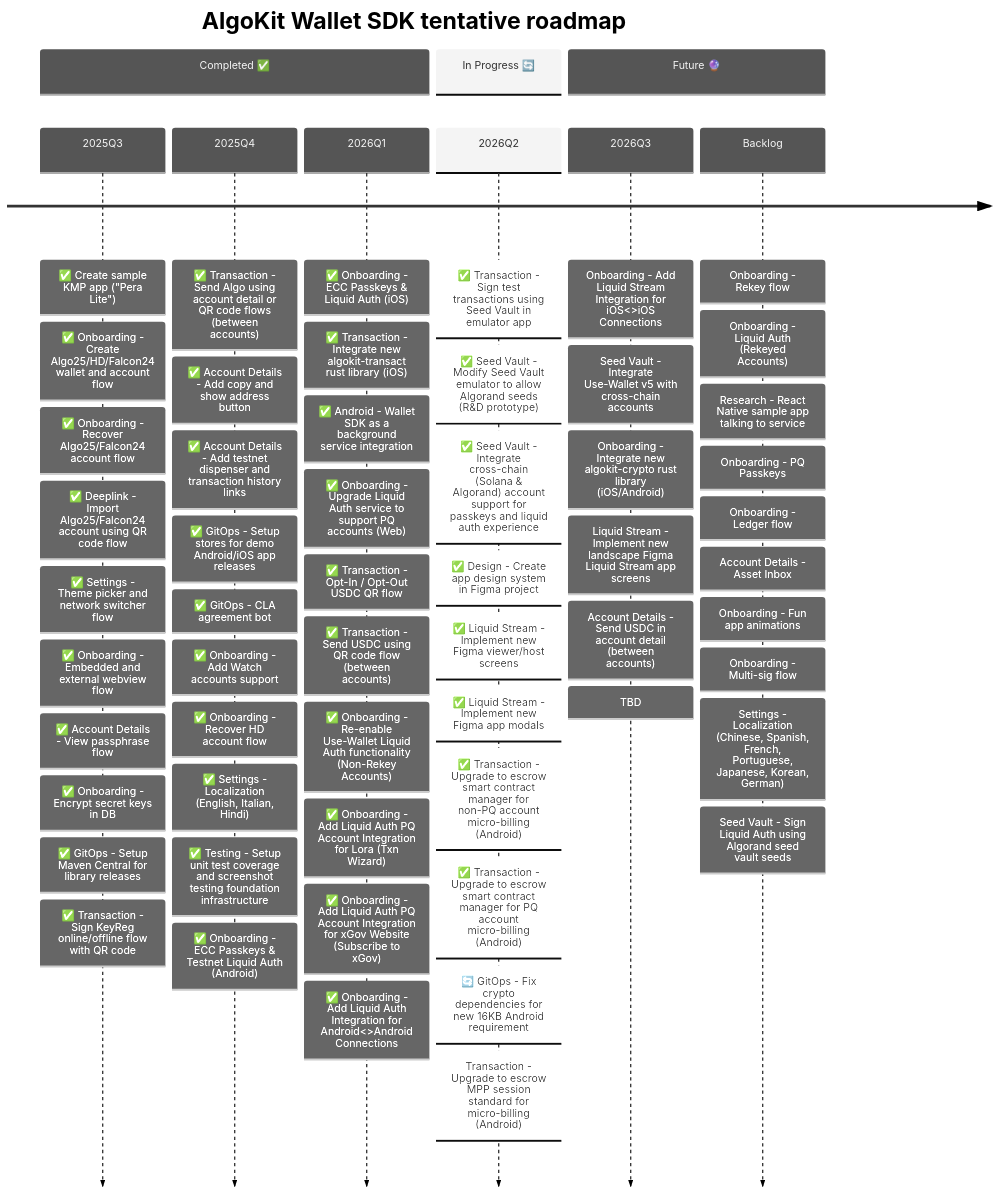
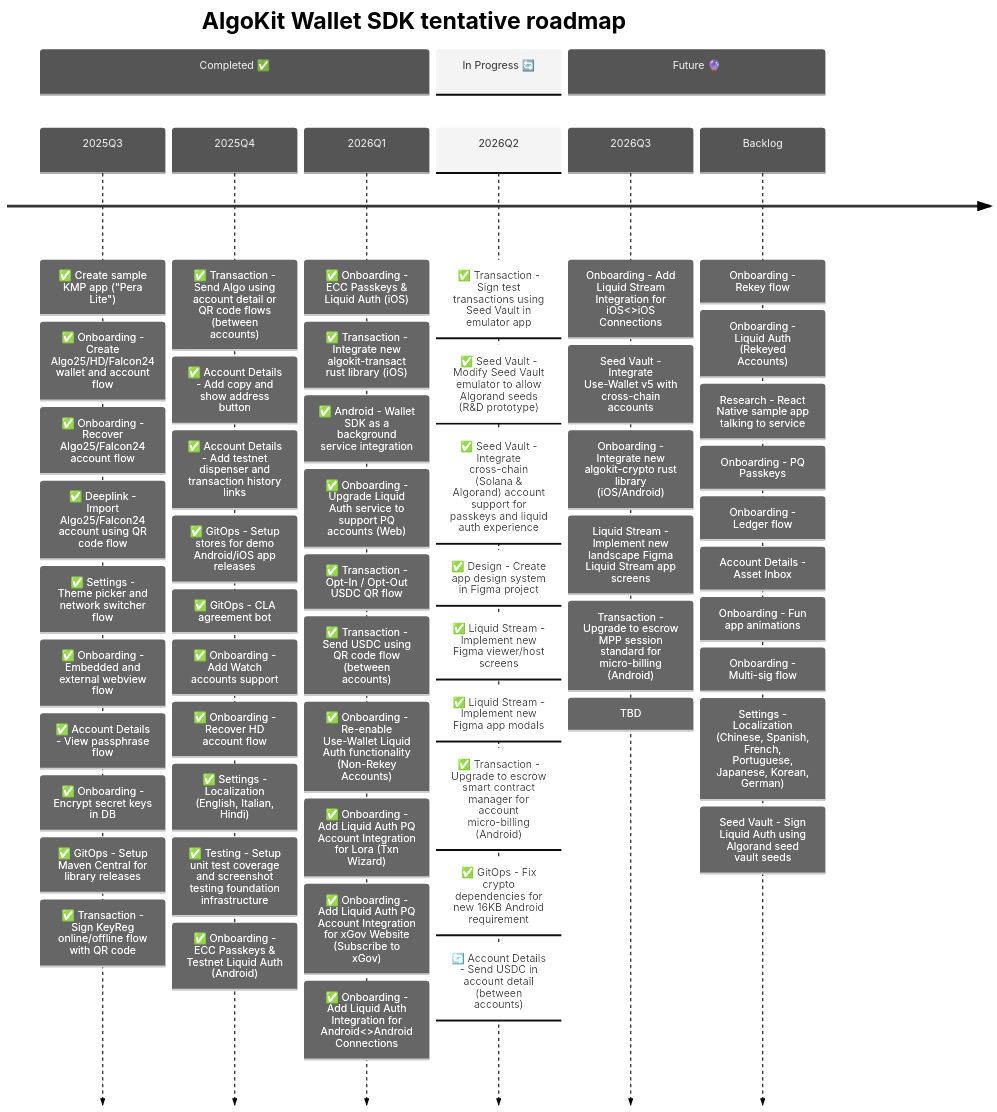
One commit to michaeltchuangllc/algokit-walletsdk-kmp changed the second of 3 diagrams in README.md. Above: the diagram before and after it, drawn with Mermaid. The commit also changed 1 other file, not shown here.

Commit message:
fix: upgrade to 16kb page AF xHD library version (#306)

````diff
--- a/README.md
+++ b/README.md
@@ -69,73 +69,72 @@
 ```mermaid
 ---
 config:
   theme: 'neutral'
 ---
 timeline
     title AlgoKit Wallet SDK tentative roadmap
 
     section Completed ✅
     2025Q3  : ✅ Create sample KMP app ("Pera Lite")
             : ✅ Onboarding - Create Algo25/HD/Falcon24 wallet and account flow
             : ✅ Onboarding - Recover Algo25/Falcon24 account flow
             : ✅ Deeplink - Import Algo25/Falcon24 account using QR code flow
             : ✅ Settings - Theme picker and network switcher flow
             : ✅ Onboarding - Embedded and external webview flow
             : ✅ Account Details - View passphrase flow
             : ✅ Onboarding - Encrypt secret keys in DB
             : ✅ GitOps - Setup Maven Central for library releases
             : ✅ Transaction - Sign KeyReg online/offline flow with QR code
 
     2025Q4  : ✅ Transaction - Send Algo using account detail or QR code flows (between accounts)
             : ✅ Account Details - Add copy and show address button
             : ✅ Account Details - Add testnet dispenser and transaction history links
             : ✅ GitOps - Setup stores for demo Android/iOS app releases
             : ✅ GitOps - CLA agreement bot
             : ✅ Onboarding - Add Watch accounts support
             : ✅ Onboarding - Recover HD account flow
             : ✅ Settings - Localization (English, Italian, Hindi)
             : ✅ Testing - Setup unit test coverage and screenshot testing foundation infrastructure
             : ✅ Onboarding - ECC Passkeys & Testnet Liquid Auth (Android)
 
     2026Q1  : ✅ Onboarding - ECC Passkeys & Liquid Auth (iOS)
             : ✅ Transaction - Integrate new algokit-transact rust library (iOS)
             : ✅ Android - Wallet SDK as a background service integration
             : ✅ Onboarding - Upgrade Liquid Auth service to support PQ accounts (Web)
             : ✅ Transaction - Opt-In / Opt-Out USDC QR flow
             : ✅ Transaction - Send USDC using QR code flow (between accounts)
             : ✅ Onboarding - Re-enable Use-Wallet Liquid Auth functionality (Non-Rekey Accounts)
             : ✅ Onboarding - Add Liquid Auth PQ Account Integration for Lora (Txn Wizard)
             : ✅ Onboarding - Add Liquid Auth PQ Account Integration for xGov Website (Subscribe to xGov)
             : ✅ Onboarding - Add Liquid Auth Integration for Android<>Android Connections
 
     section In Progress 🔄
     2026Q2  : ✅ Transaction - Sign test transactions using Seed Vault in emulator app
             : ✅ Seed Vault - Modify Seed Vault emulator to allow Algorand seeds (R&D prototype)
             : ✅ Seed Vault - Integrate cross-chain (Solana & Algorand) account support for passkeys and liquid auth experience
             : ✅ Design - Create app design system in Figma project
             : ✅ Liquid Stream - Implement new Figma viewer/host screens
             : ✅ Liquid Stream - Implement new Figma app modals
-            : ✅ Transaction - Upgrade to escrow smart contract manager for non-PQ account micro-billing (Android)
-            : ✅ Transaction - Upgrade to escrow smart contract manager for PQ account micro-billing (Android)
-            : 🔄 GitOps - Fix crypto dependencies for new 16KB Android requirement
-            : Transaction - Upgrade to escrow MPP session standard for micro-billing (Android)
+            : ✅ Transaction - Upgrade to escrow smart contract manager for account micro-billing (Android)
+            : ✅ GitOps - Fix crypto dependencies for new 16KB Android requirement
+            : 🔄 Account Details - Send USDC in account detail (between accounts)
             
     section Future 🔮
      2026Q3  : Onboarding - Add Liquid Stream Integration for iOS<>iOS Connections
              : Seed Vault - Integrate Use-Wallet v5 with cross-chain accounts
              : Onboarding - Integrate new algokit-crypto rust library (iOS/Android)
              : Liquid Stream - Implement new landscape Figma Liquid Stream app screens
-             : Account Details - Send USDC in account detail (between accounts)
+             : Transaction - Upgrade to escrow MPP session standard for micro-billing (Android)
              : TBD
     Backlog
             : Onboarding - Rekey flow
             : Onboarding - Liquid Auth (Rekeyed Accounts)
             : Research - React Native sample app talking to service
             : Onboarding - PQ Passkeys
             : Onboarding - Ledger flow
             : Account Details - Asset Inbox
             : Onboarding - Fun app animations
             : Onboarding - Multi-sig flow
             : Settings - Localization (Chinese, Spanish, French, Portuguese, Japanese, Korean, German)
             : Seed Vault - Sign Liquid Auth using Algorand seed vault seeds
 ```
````
